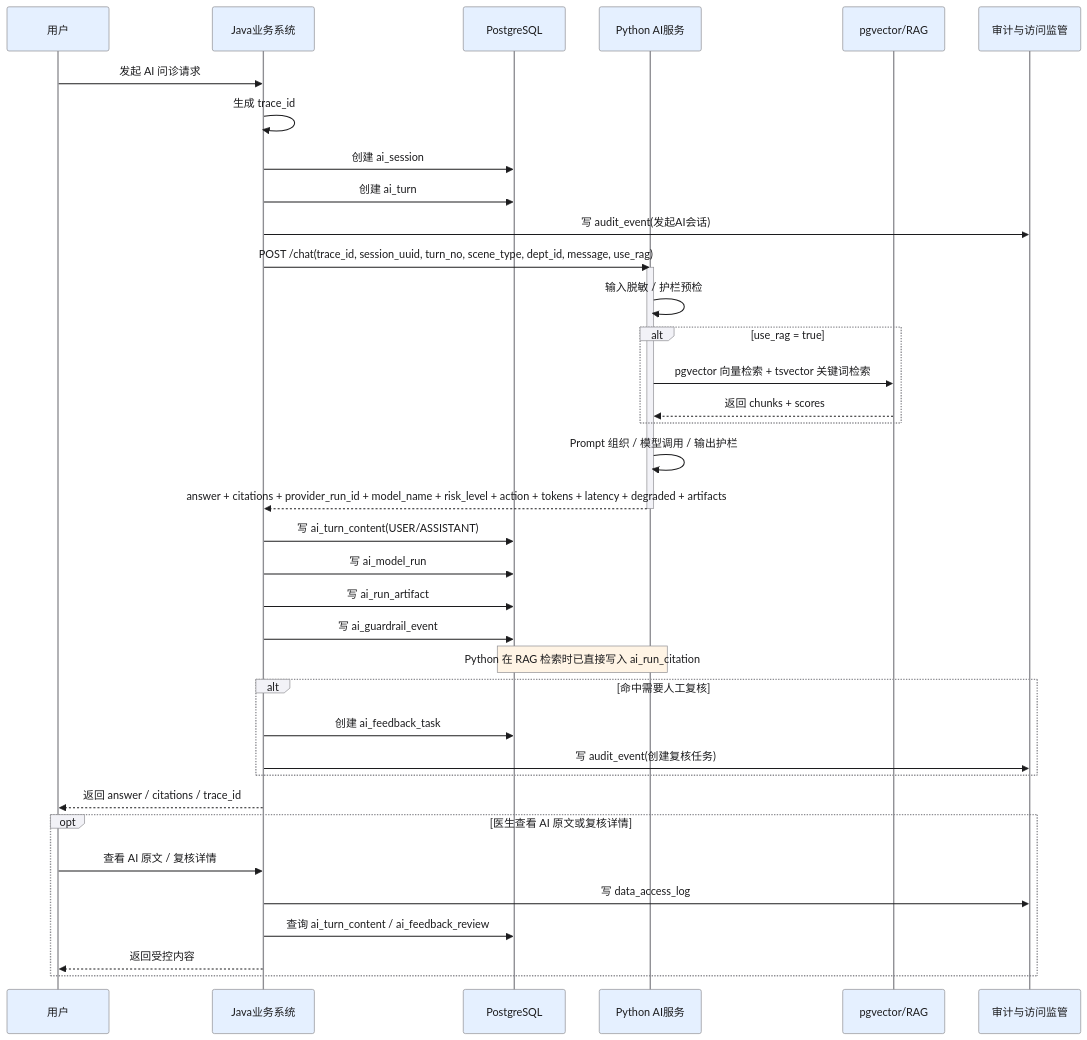
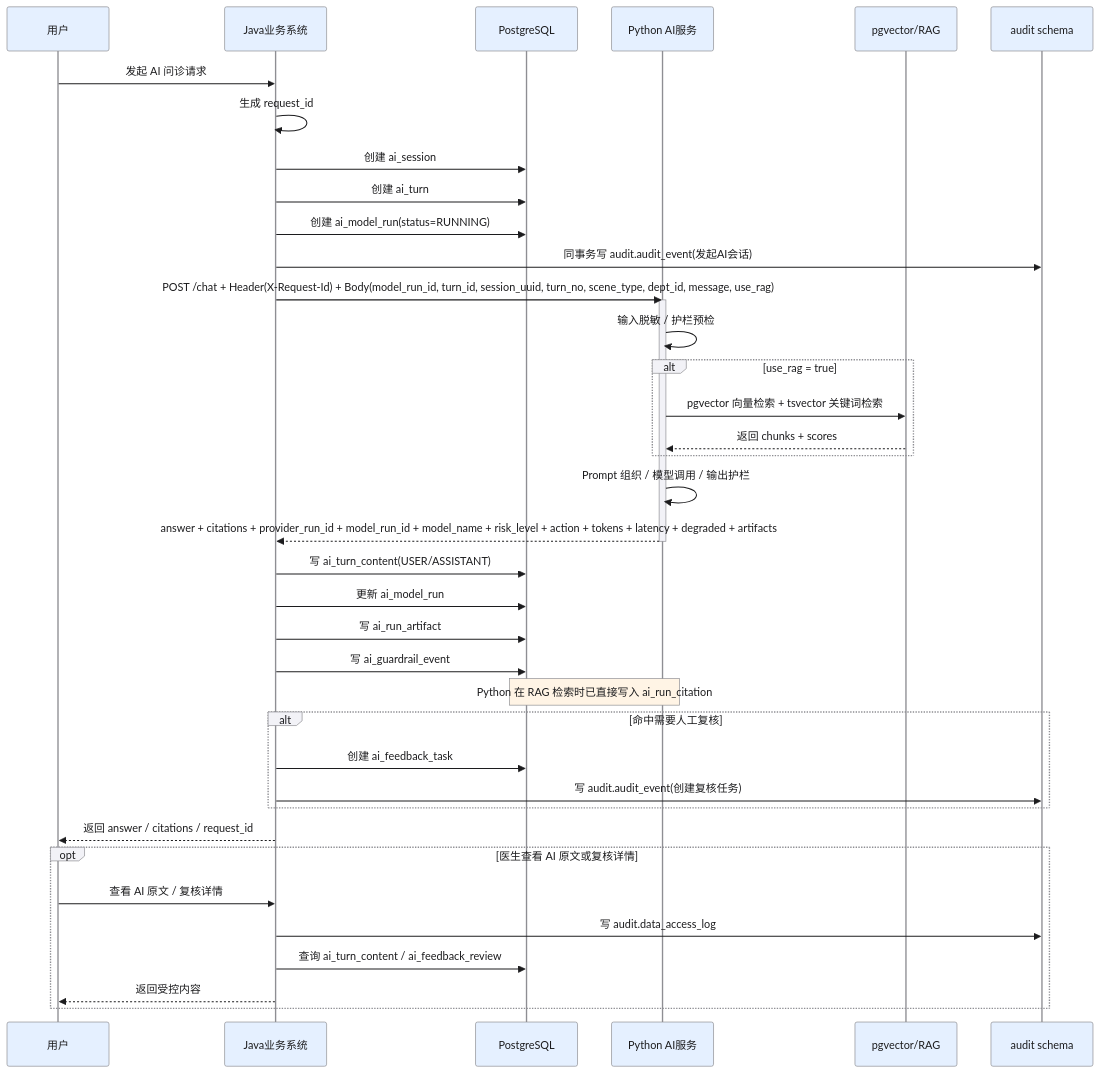
The third of 3 diagrams in docs/07B-AI-AUDIT-V3.md (JianwenShaw/MediAskDocs), drawn with Mermaid before and after one commit. The commit also changed other lines of this file and 31 other files, not shown here.

Commit message:
feat: architecture refactor

````diff
--- a/docs/07B-AI-AUDIT-V3.md
+++ b/docs/07B-AI-AUDIT-V3.md
@@ -633,49 +650,50 @@
 ```mermaid
 %%{init: {'theme': 'base', 'themeVariables': {'primaryColor': '#E5F0FF', 'primaryTextColor': '#1C1C1E', 'primaryBorderColor': '#007AFF', 'lineColor': '#8E8E93', 'actorBkg': '#E5F0FF', 'actorTextColor': '#1C1C1E', 'actorBorder': '#8E8E93', 'activationBorderColor': '#8E8E93', 'activationBkgColor': '#F2F2F7', 'sequenceNumberColor': '#FFFFFF', 'signalColor': '#1C1C1E', 'labelBoxBkgColor': '#F2F2F7', 'labelBoxBorderColor': '#8E8E93', 'labelTextColor': '#1C1C1E', 'loopTextColor': '#1C1C1E', 'noteBkgColor': '#FFF4E5', 'noteTextColor': '#1C1C1E', 'noteBorderColor': '#8E8E93'}}}%%
 sequenceDiagram
     participant User as 用户
     participant Java as Java业务系统
     participant DB as PostgreSQL
     participant Py as Python AI服务
     participant Vector as pgvector/RAG
-    participant Audit as 审计与访问监管
+    participant AuditDB as audit schema
 
     User->>Java: 发起 AI 问诊请求
-    Java->>Java: 生成 trace_id
+    Java->>Java: 生成 request_id
     Java->>DB: 创建 ai_session
     Java->>DB: 创建 ai_turn
-    Java->>Audit: 写 audit_event(发起AI会话)
+    Java->>DB: 创建 ai_model_run(status=RUNNING)
+    Java->>AuditDB: 同事务写 audit.audit_event(发起AI会话)
 
-    Java->>Py: POST /chat(trace_id, session_uuid, turn_no, scene_type, dept_id, message, use_rag)
+    Java->>Py: POST /chat + Header(X-Request-Id) + Body(model_run_id, turn_id, session_uuid, turn_no, scene_type, dept_id, message, use_rag)
     activate Py
 
     Py->>Py: 输入脱敏 / 护栏预检
     alt use_rag = true
         Py->>Vector: pgvector 向量检索 + tsvector 关键词检索
         Vector-->>Py: 返回 chunks + scores
     end
 
     Py->>Py: Prompt 组织 / 模型调用 / 输出护栏
-    Py-->>Java: answer + citations + provider_run_id + model_name + risk_level + action + tokens + latency + degraded + artifacts
+    Py-->>Java: answer + citations + provider_run_id + model_run_id + model_name + risk_level + action + tokens + latency + degraded + artifacts
     deactivate Py
 
     Java->>DB: 写 ai_turn_content(USER/ASSISTANT)
-    Java->>DB: 写 ai_model_run
+    Java->>DB: 更新 ai_model_run
     Java->>DB: 写 ai_run_artifact
     Java->>DB: 写 ai_guardrail_event
     Note over Py,DB: Python 在 RAG 检索时已直接写入 ai_run_citation
 
     alt 命中需要人工复核
         Java->>DB: 创建 ai_feedback_task
-        Java->>Audit: 写 audit_event(创建复核任务)
+        Java->>AuditDB: 写 audit.audit_event(创建复核任务)
     end
 
-    Java-->>User: 返回 answer / citations / trace_id
+    Java-->>User: 返回 answer / citations / request_id
 
     opt 医生查看 AI 原文或复核详情
         User->>Java: 查看 AI 原文 / 复核详情
-        Java->>Audit: 写 data_access_log
+        Java->>AuditDB: 写 audit.data_access_log
         Java->>DB: 查询 ai_turn_content / ai_feedback_review
         Java-->>User: 返回受控内容
     end
 ```
````
